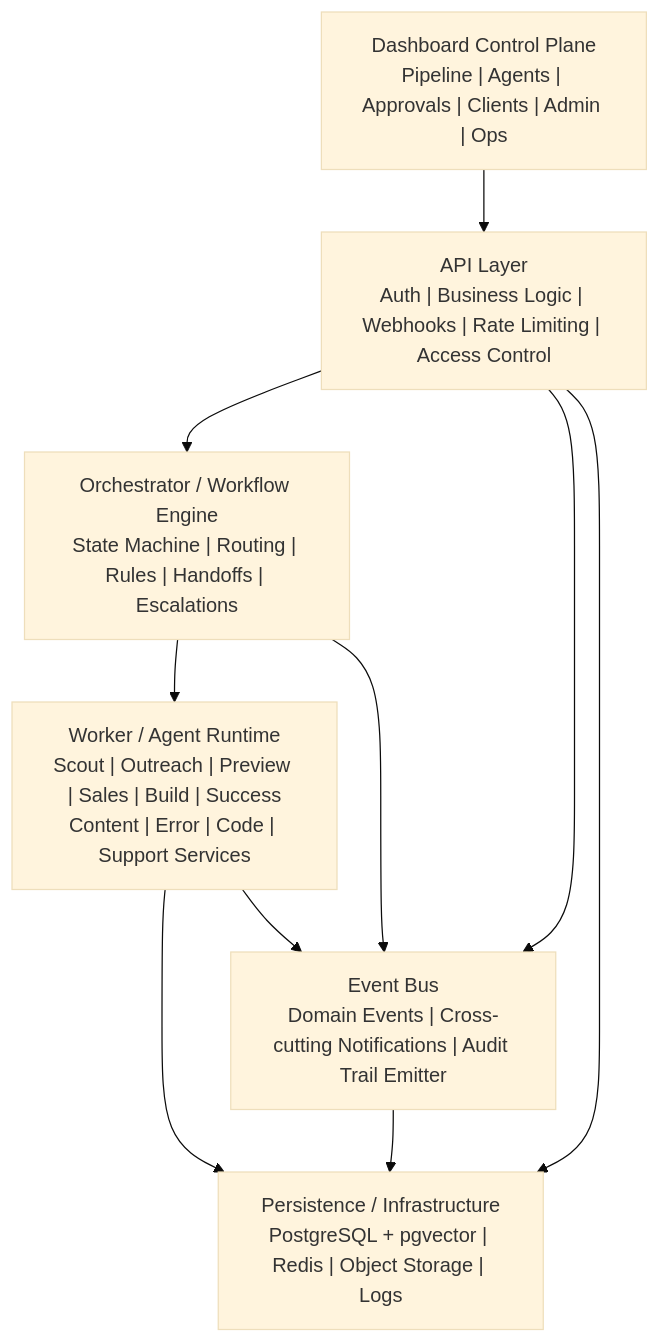
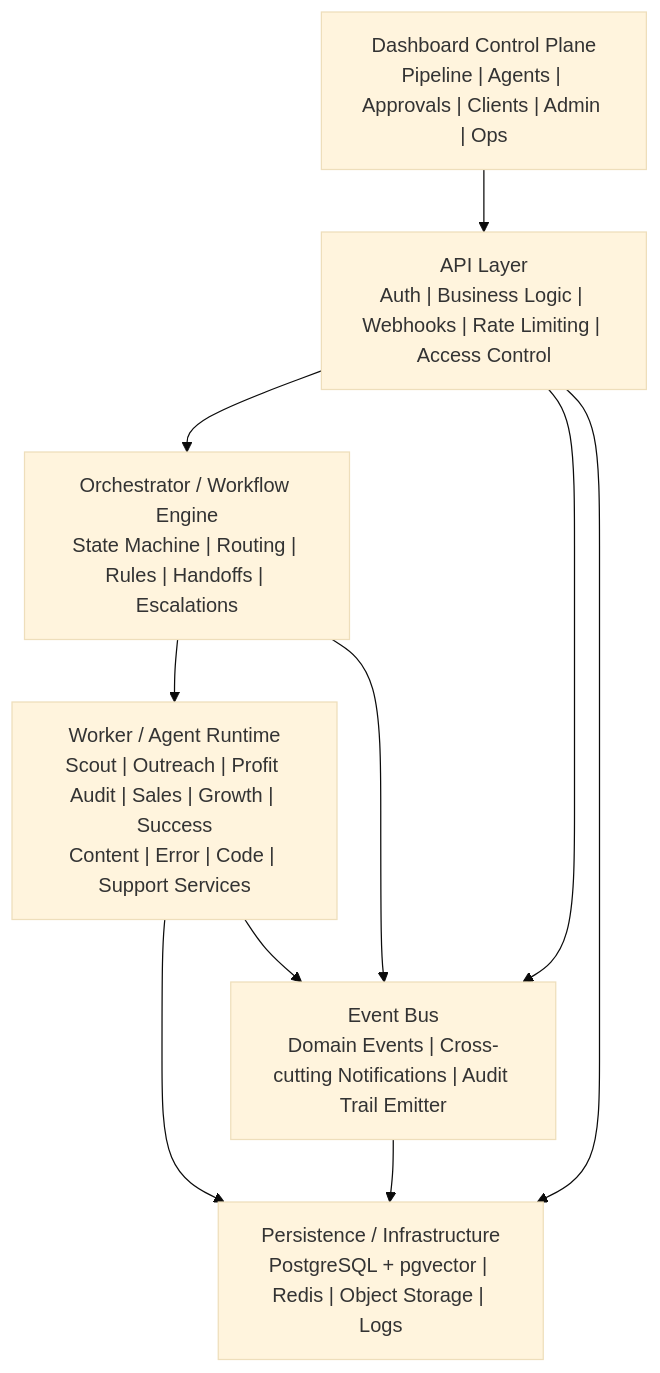
Before and after one commit to cwpete61/AutonomousZeroFees: the first of 2 diagrams in plan.md, drawn with Mermaid (base theme). The commit also changed other lines of this file, not shown here.

Commit message:
Update: Refined plan.md for Profit Shield merchant recovery strategy

````diff
--- a/plan.md
+++ b/plan.md
@@ -71,19 +70,19 @@
 ```mermaid
 graph TD
     Dashboard["Dashboard Control Plane<br/>Pipeline | Agents | Approvals | Clients | Admin | Ops"]
     API["API Layer<br/>Auth | Business Logic | Webhooks | Rate Limiting | Access Control"]
     EventBus["Event Bus<br/>Domain Events | Cross-cutting Notifications | Audit Trail Emitter"]
     Orchestrator["Orchestrator / Workflow Engine<br/>State Machine | Routing | Rules | Handoffs | Escalations"]
-    Workers["Worker / Agent Runtime<br/>Scout | Outreach | Preview | Sales | Build | Success<br/>Content | Error | Code | Support Services"]
+    Workers["Worker / Agent Runtime<br/>Scout | Outreach | Profit Audit | Sales | Growth | Success<br/>Content | Error | Code | Support Services"]
     Persistence["Persistence / Infrastructure<br/>PostgreSQL + pgvector | Redis | Object Storage | Logs"]
 
     Dashboard --> API
     API --> Orchestrator
     API --> EventBus
     Orchestrator --> Workers
     Orchestrator --> EventBus
     Workers --> Persistence
     Workers --> EventBus
     API --> Persistence
     EventBus --> Persistence
 ```
````
